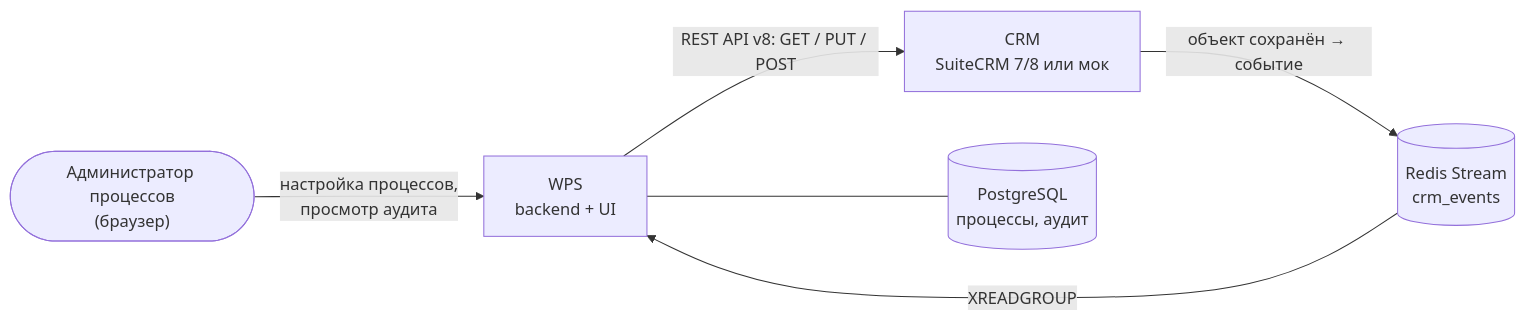
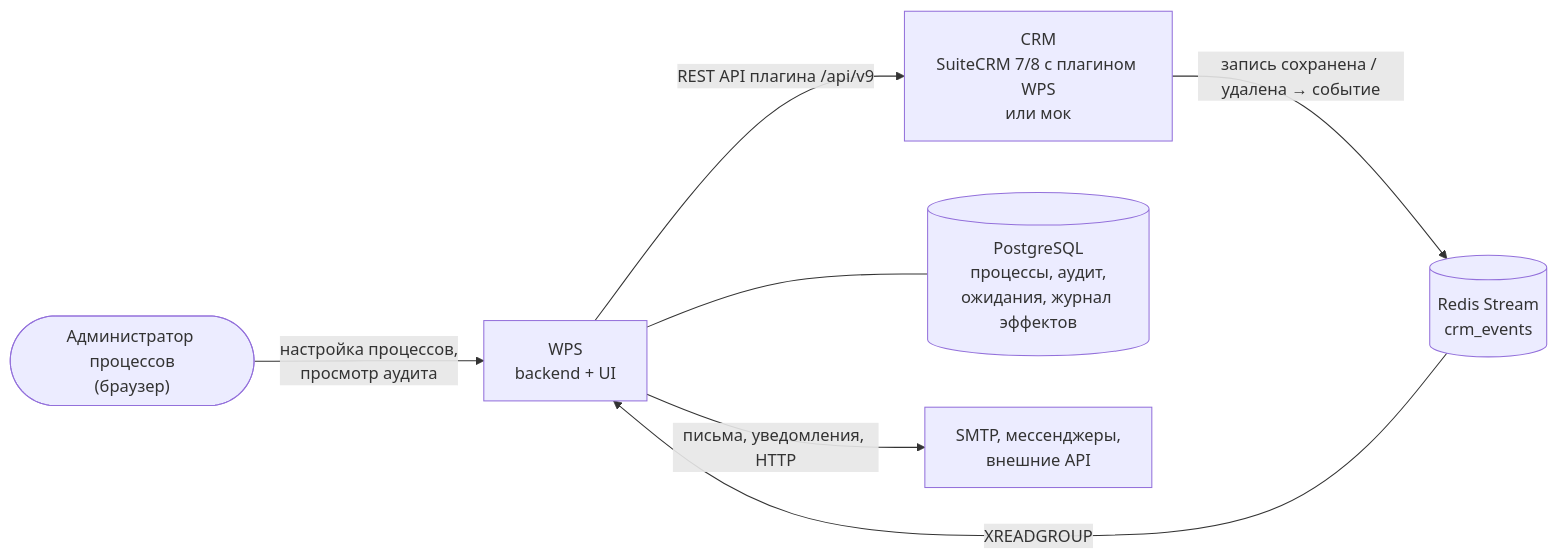
Before and after one commit to madarch-labs/Workflow-Processing-Service: the diagram in doc/ru/01-overview/index.md, drawn with Mermaid. The commit also changed other lines of this file and 470 other files, not shown here.

````diff
--- a/doc/ru/01-overview/index.md
+++ b/doc/ru/01-overview/index.md
@@ -58,14 +139,16 @@
 ```mermaid
 flowchart LR
     user(["Администратор процессов<br/>(браузер)"])
-    crm["CRM<br/>SuiteCRM 7/8 или мок"]
+    crm["CRM<br/>SuiteCRM 7/8 с плагином WPS<br/>или мок"]
     stream[("Redis Stream<br/>crm_events")]
     wps["WPS<br/>backend + UI"]
-    db[("PostgreSQL<br/>процессы, аудит")]
+    db[("PostgreSQL<br/>процессы, аудит,<br/>ожидания, журнал эффектов")]
+    ext["SMTP, мессенджеры,<br/>внешние API"]
 
-    crm -- "объект сохранён → событие" --> stream
+    crm -- "запись сохранена / удалена → событие" --> stream
     stream -- "XREADGROUP" --> wps
-    wps -- "REST API v8: GET / PUT / POST" --> crm
+    wps -- "REST API плагина /api/v9" --> crm
+    wps -- "письма, уведомления, HTTP" --> ext
     wps --- db
     user -- "настройка процессов,<br/>просмотр аудита" --> wps
 ```
````
